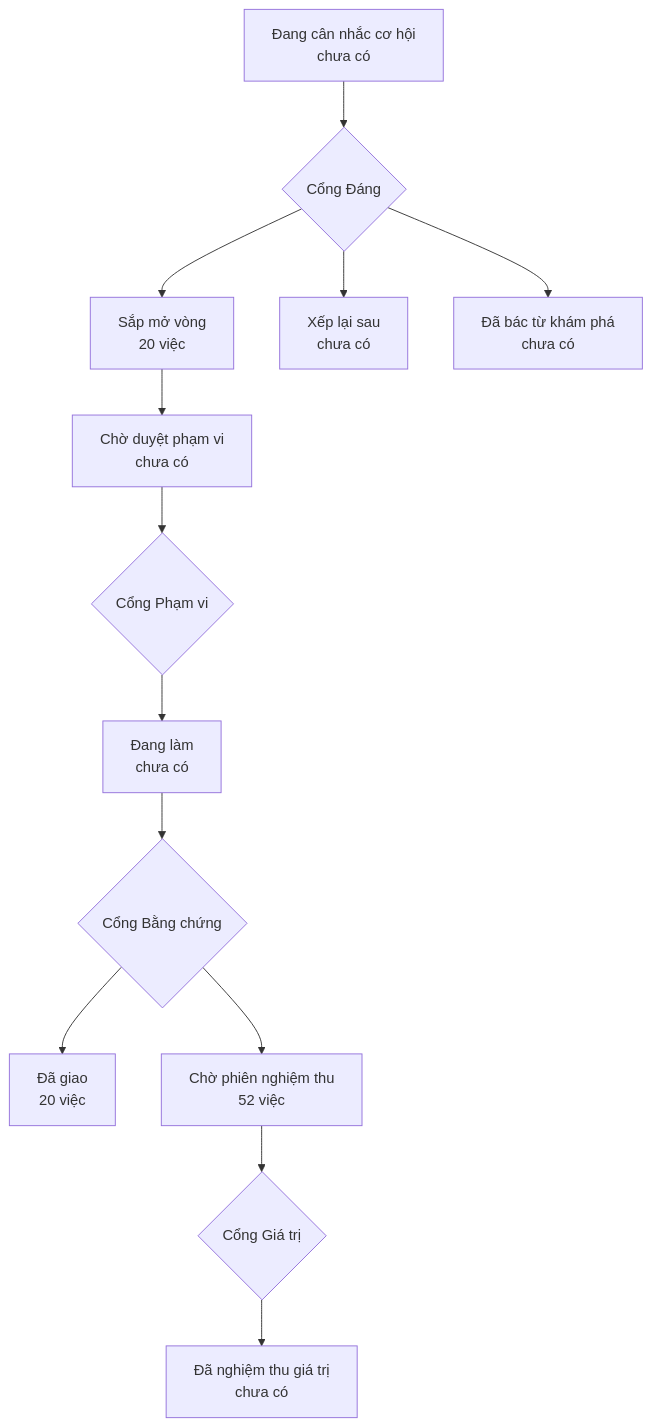
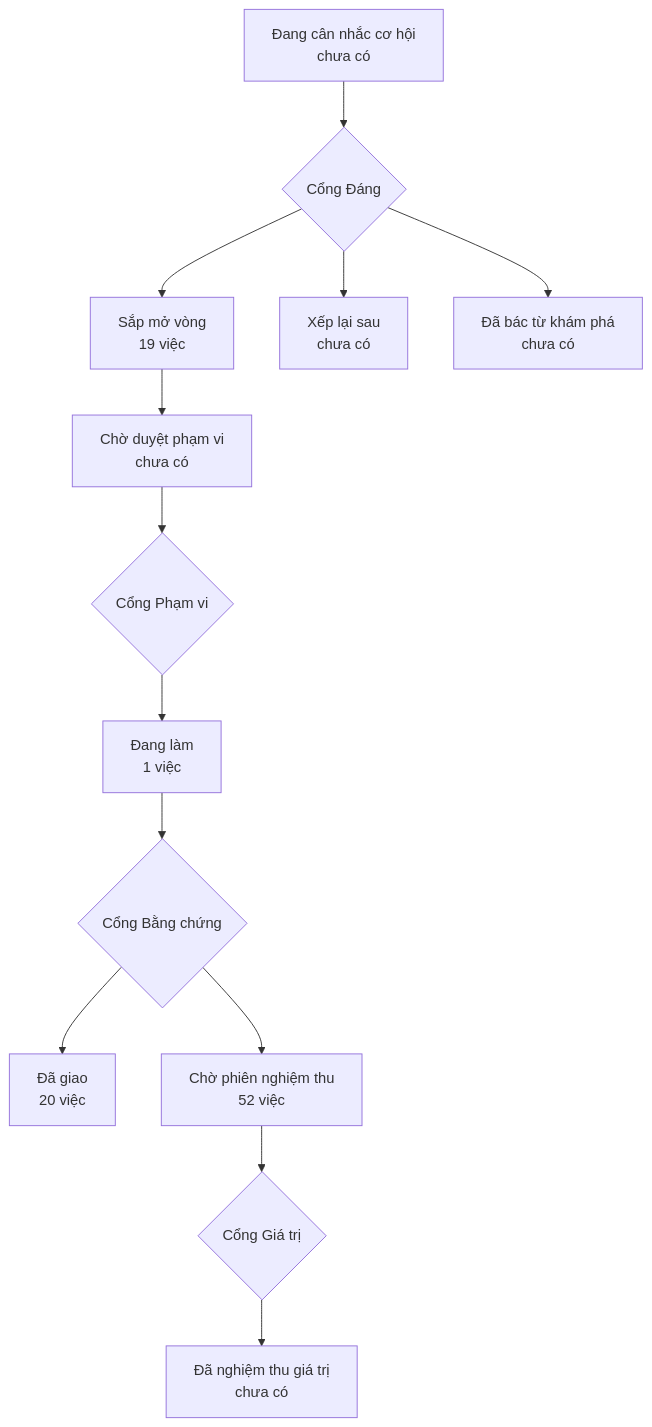
Before and after one commit to phanlemanh/onehub-quy-hang: the diagram in PRODUCT-MAP.md, drawn with Mermaid. The commit also changed other lines of this file and 10 other files, not shown here.

````diff
--- a/PRODUCT-MAP.md
+++ b/PRODUCT-MAP.md
@@ -7,12 +7,12 @@
 ```mermaid
 flowchart TD
   A["Đang cân nhắc cơ hội<br/>chưa có"] --> GD{"Cổng Đáng"}
-  GD --> B["Sắp mở vòng<br/>20 việc"]
+  GD --> B["Sắp mở vòng<br/>19 việc"]
   GD --> XL["Xếp lại sau<br/>chưa có"]
   GD --> DB["Đã bác từ khám phá<br/>chưa có"]
   B --> CD["Chờ duyệt phạm vi<br/>chưa có"] --> GP{"Cổng Phạm vi"}
-  GP --> DL["Đang làm<br/>chưa có"] --> GB{"Cổng Bằng chứng"}
+  GP --> DL["Đang làm<br/>1 việc"] --> GB{"Cổng Bằng chứng"}
   GB --> DG["Đã giao<br/>20 việc"]
   GB --> CN["Chờ phiên nghiệm thu<br/>52 việc"] --> GG{"Cổng Giá trị"}
   GG --> NT["Đã nghiệm thu giá trị<br/>chưa có"]
 ```
````
